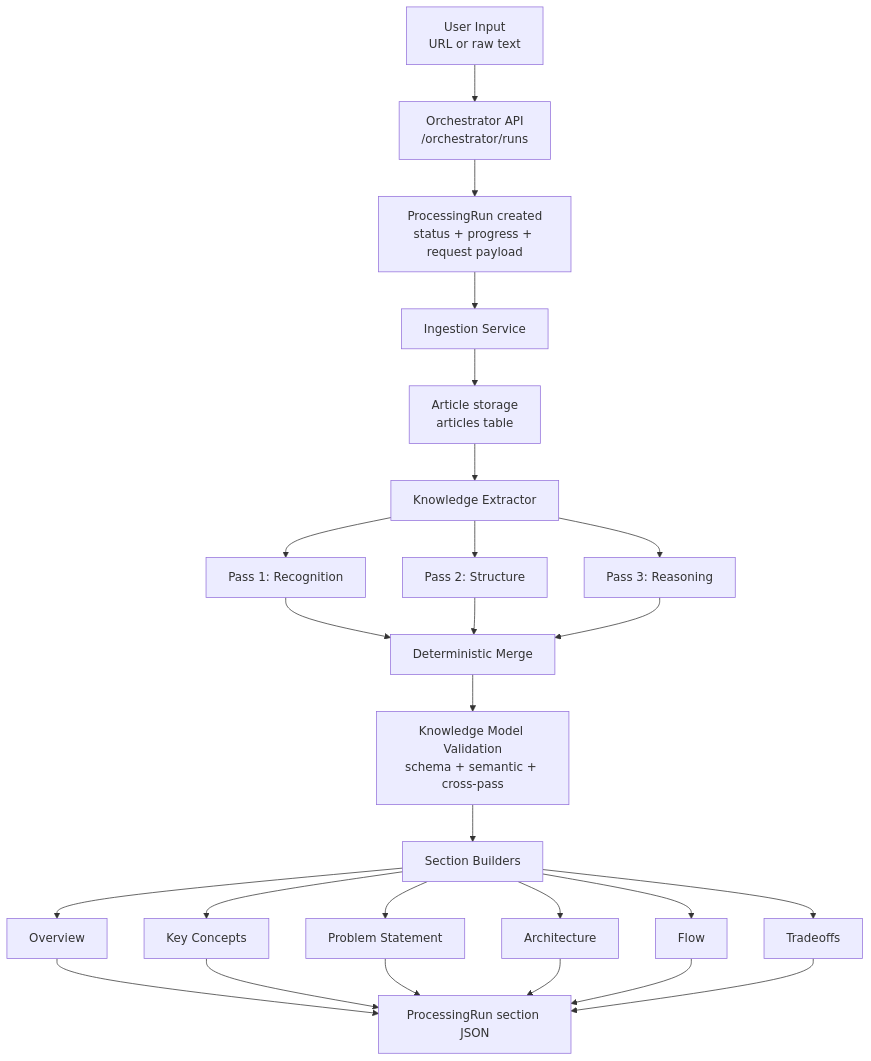
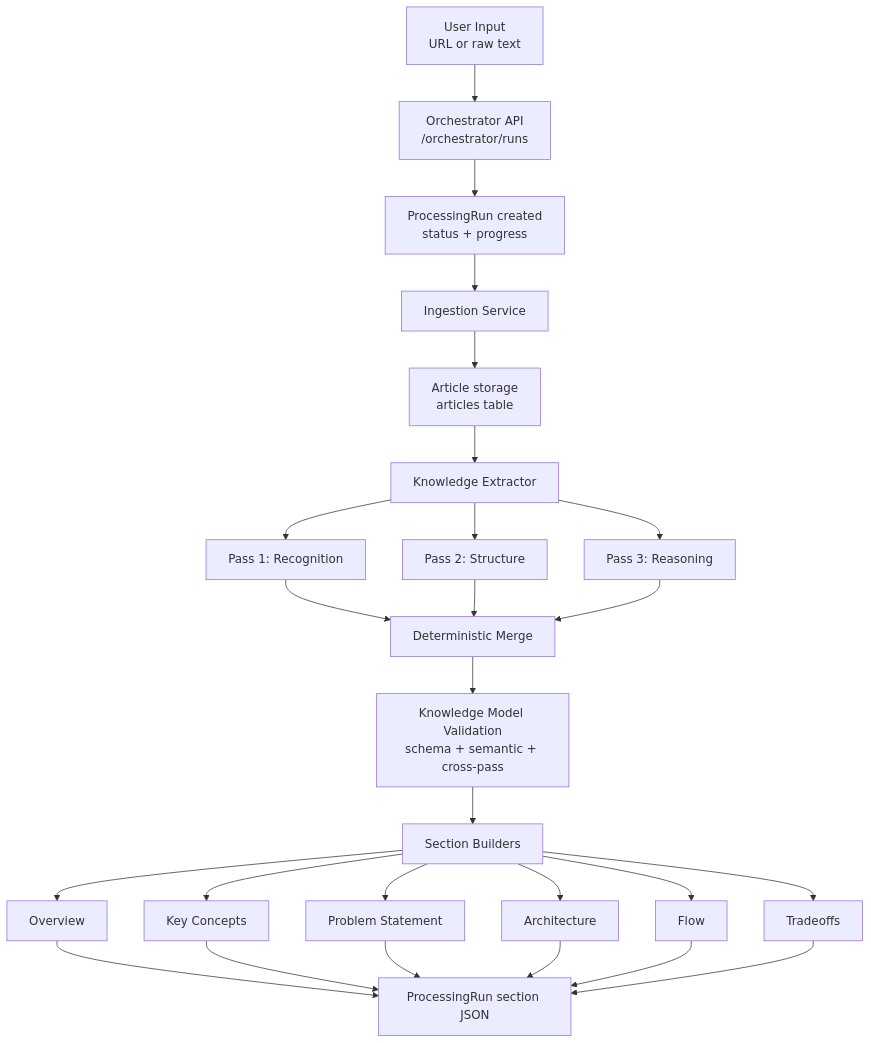
The diagram in README.md (smrchcoder/Architekt), drawn with Mermaid before and after one commit. The commit also changed other lines of this file and 17 other files, not shown here.

````diff
--- a/README.md
+++ b/README.md
@@ -43,28 +43,28 @@
 ```mermaid
 flowchart TD
     A["User Input<br/>URL or raw text"] --> B["Orchestrator API<br/>/orchestrator/runs"]
-    B --> C["ProcessingRun created<br/>status + progress + request payload"]
+    B --> C["ProcessingRun created<br/>status + progress"]
     C --> D["Ingestion Service"]
     D --> E["Article storage<br/>articles table"]
     E --> F["Knowledge Extractor"]
     F --> G["Pass 1: Recognition"]
     F --> H["Pass 2: Structure"]
     F --> I["Pass 3: Reasoning"]
     G --> J["Deterministic Merge"]
     H --> J
     I --> J
     J --> K["Knowledge Model Validation<br/>schema + semantic + cross-pass"]
     K --> L["Section Builders"]
     L --> M["Overview"]
     L --> N["Key Concepts"]
     L --> O["Problem Statement"]
     L --> P["Architecture"]
     L --> Q["Flow"]
     L --> R["Tradeoffs"]
     M --> S["ProcessingRun section JSON"]
     N --> S
     O --> S
     P --> S
     Q --> S
     R --> S
 ```
````
